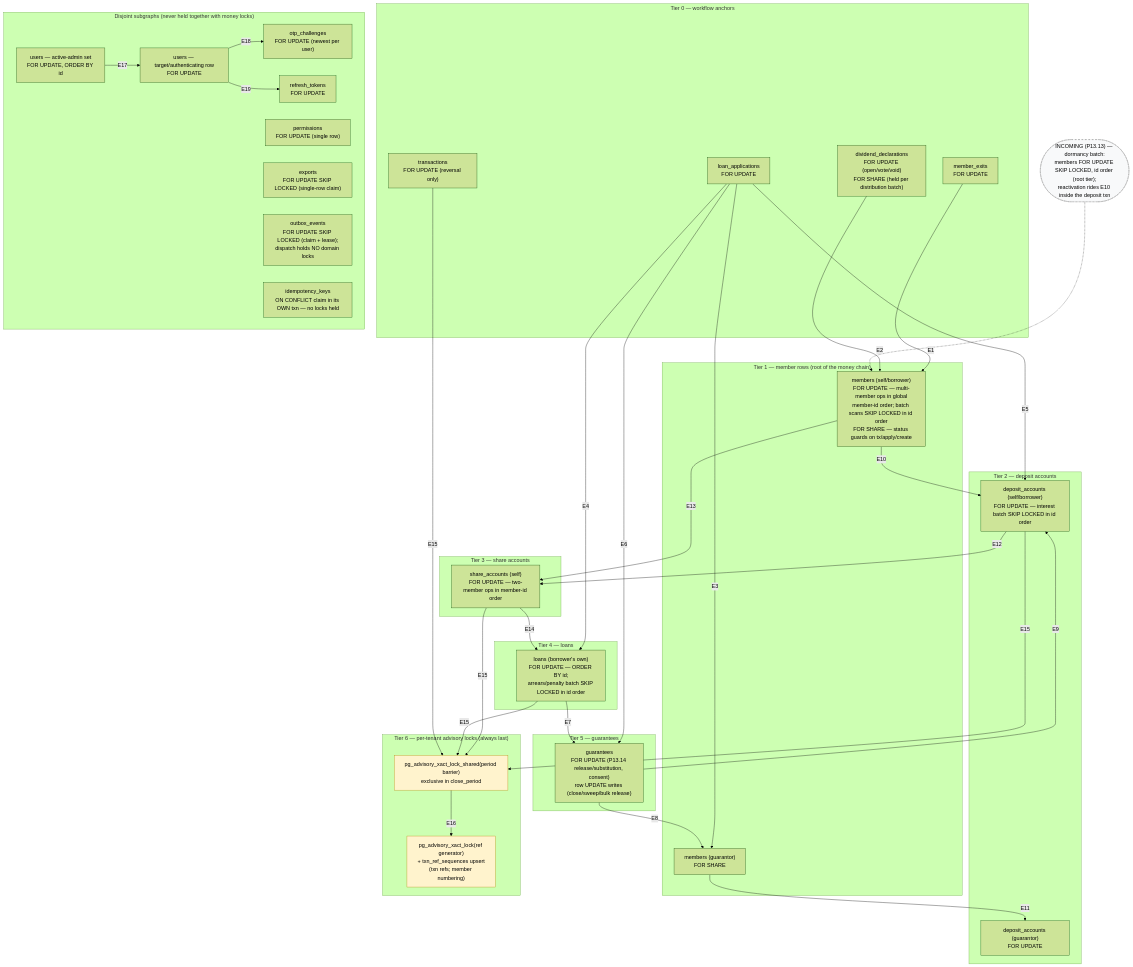
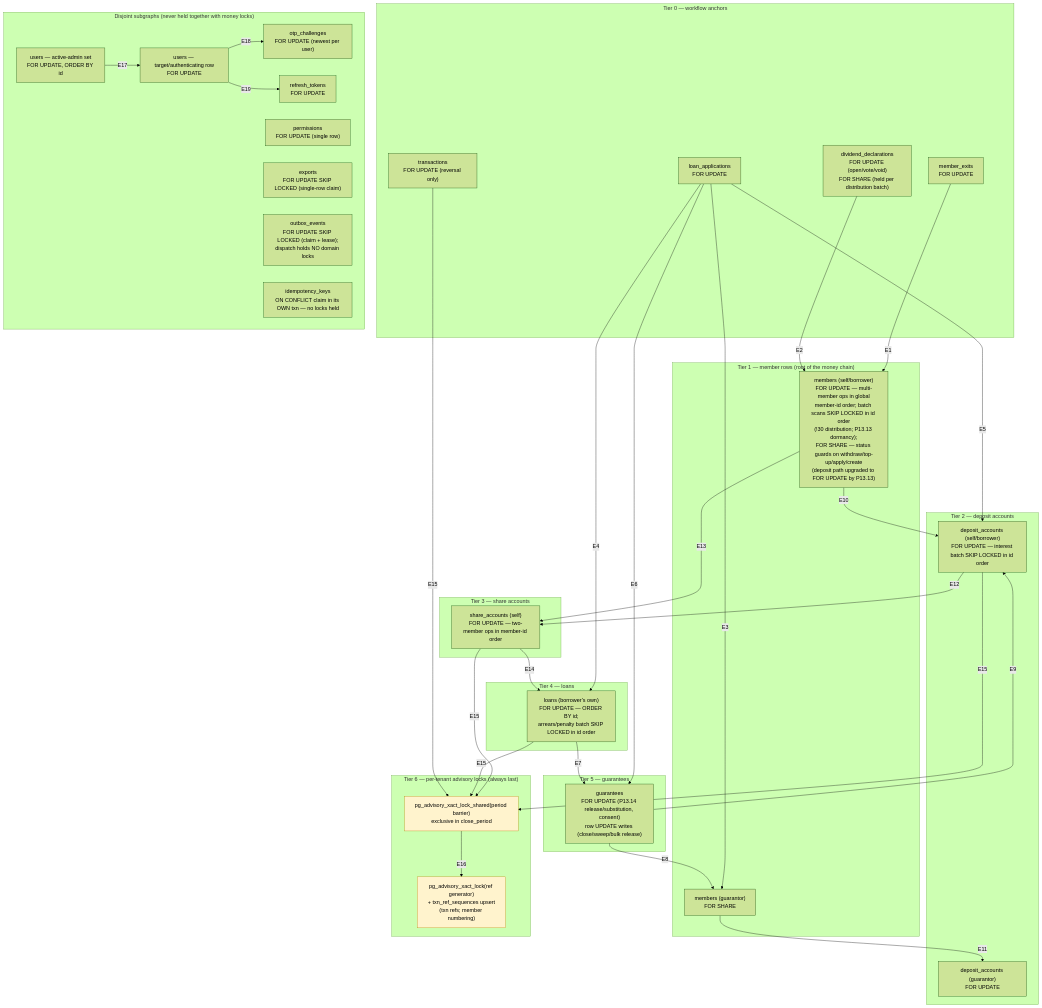
Before and after one commit to Benson-Kim/genesis-sacco: the diagram in docs/diagrams/lock-order.md, drawn with Mermaid (forest theme). The commit also changed other lines of this file, not shown here.

First line of the commit message:
docs(diagrams): lock DAG as-built update for P13.13/P13.9

````diff
--- a/docs/diagrams/lock-order.md
+++ b/docs/diagrams/lock-order.md
@@ -42,81 +42,78 @@
 ```mermaid
 flowchart TD
     %% Authored against main @ bb220ad2a9056d6b0daecd646011216b20c5309d
+    %% As-built update (P13.13/P13.9 flip) @ 5922b924c68c5ac18e0b097f944855a5786ea268
     %% Edge ids E1..E19 are annotated with code sites in lock-order.md §3.
 
     subgraph T0["Tier 0 — workflow anchors"]
         EXIT["member_exits<br/>FOR UPDATE"]
         DECL["dividend_declarations<br/>FOR UPDATE (open/vote/void)<br/>FOR SHARE (held per distribution batch)"]
         APP["loan_applications<br/>FOR UPDATE"]
         TXN["transactions<br/>FOR UPDATE (reversal only)"]
     end
 
     subgraph T1["Tier 1 — member rows (root of the money chain)"]
-        MSELF["members (self/borrower)<br/>FOR UPDATE — multi-member ops in global<br/>member-id order; batch scans SKIP LOCKED in id order<br/>FOR SHARE — status guards on tx/apply/create"]
+        MSELF["members (self/borrower)<br/>FOR UPDATE — multi-member ops in global<br/>member-id order; batch scans SKIP LOCKED in id order<br/>(!30 distribution; P13.13 dormancy);<br/>FOR SHARE — status guards on withdraw/top-up/apply/create<br/>(deposit path upgraded to FOR UPDATE by P13.13)"]
         MGUAR["members (guarantor)<br/>FOR SHARE"]
     end
 
     subgraph T2["Tier 2 — deposit accounts"]
         DSELF["deposit_accounts (self/borrower)<br/>FOR UPDATE — interest batch SKIP LOCKED in id order"]
         DGUAR["deposit_accounts (guarantor)<br/>FOR UPDATE"]
     end
 
     subgraph T3["Tier 3 — share accounts"]
         SSELF["share_accounts (self)<br/>FOR UPDATE — two-member ops in member-id order"]
     end
 
     subgraph T4["Tier 4 — loans"]
         LOANS["loans (borrower's own)<br/>FOR UPDATE — ORDER BY id;<br/>arrears/penalty batch SKIP LOCKED in id order"]
     end
 
     subgraph T5["Tier 5 — guarantees"]
         GUAR["guarantees<br/>FOR UPDATE (P13.14 release/substitution, consent)<br/>row UPDATE writes (close/sweep/bulk release)"]
     end
 
     subgraph T6["Tier 6 — per-tenant advisory locks (always last)"]
         ADVP["pg_advisory_xact_lock_shared(period barrier)<br/>exclusive in close_period"]
         ADVR["pg_advisory_xact_lock(ref generator)<br/>+ txn_ref_sequences upsert<br/>(txn refs; member numbering)"]
     end
 
     EXIT -->|E1| MSELF
     DECL -->|E2| MSELF
     APP -->|E3| MGUAR
     APP -->|E4| LOANS
     APP -->|E5| DSELF
     APP -->|E6| GUAR
     LOANS -->|E7| GUAR
     GUAR -->|E8| MGUAR
     GUAR -->|E9| DSELF
     MSELF -->|E10| DSELF
     MGUAR -->|E11| DGUAR
     DSELF -->|E12| SSELF
     MSELF -->|E13| SSELF
     SSELF -->|E14| LOANS
     DSELF -->|E15| ADVP
     SSELF -->|E15| ADVP
     LOANS -->|E15| ADVP
     TXN -->|E15| ADVP
     ADVP -->|E16| ADVR
 
-    P1313(["INCOMING (P13.13) — dormancy batch:<br/>members FOR UPDATE SKIP LOCKED, id order (root tier);<br/>reactivation rides E10 inside the deposit txn"])
-    P1313 -.-> MSELF
-
     subgraph ISO["Disjoint subgraphs (never held together with money locks)"]
         UADM["users — active-admin set<br/>FOR UPDATE, ORDER BY id"]
         UTGT["users — target/authenticating row<br/>FOR UPDATE"]
         OTP["otp_challenges<br/>FOR UPDATE (newest per user)"]
         RT["refresh_tokens<br/>FOR UPDATE"]
         PERM["permissions<br/>FOR UPDATE (single row)"]
         EXP["exports<br/>FOR UPDATE SKIP LOCKED (single-row claim)"]
         OBX["outbox_events<br/>FOR UPDATE SKIP LOCKED (claim + lease);<br/>dispatch holds NO domain locks"]
         IDEM["idempotency_keys<br/>ON CONFLICT claim in its OWN txn — no locks held"]
         UADM -->|E17| UTGT
         UTGT -->|E18| OTP
         UTGT -->|E19| RT
     end
 
     classDef advisory fill:#fff3cd,stroke:#b8860b;
     classDef incoming fill:#f8f9fa,stroke:#999,stroke-dasharray: 5 5;
     class ADVP,ADVR advisory;
-    class P1313 incoming;
 ```
````
